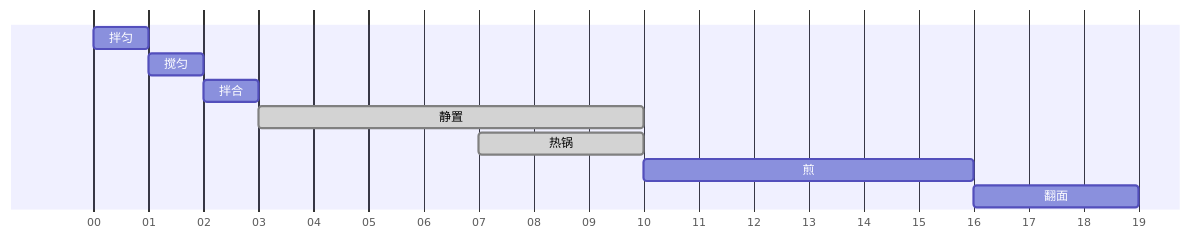
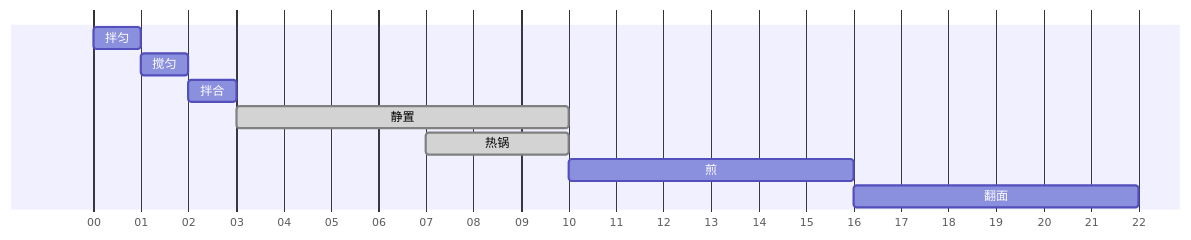
The diagram in recipes/breakfast/protein-pancake-large.md (kangaroologist-ai/recipes), drawn with Mermaid before and after one commit. The commit also changed other lines of this file and 5 other files, not shown here.

````diff
--- a/recipes/breakfast/protein-pancake-large.md
+++ b/recipes/breakfast/protein-pancake-large.md
@@ -11,13 +11,13 @@
 ```mermaid
 gantt
 dateFormat mm
 axisFormat %M
 todayMarker off
   拌匀 :dry, 00, 1m
   搅匀 :wet, 01, 1m
   拌合 :mix, 02, 1m
   静置 :done, rest, 03, 7m
   热锅 :done, heat, 07, 3m
   煎 :fry, 10, 6m
-  翻面 :flip, 16, 3m
+  翻面 :flip, 16, 6m
 ```
````
